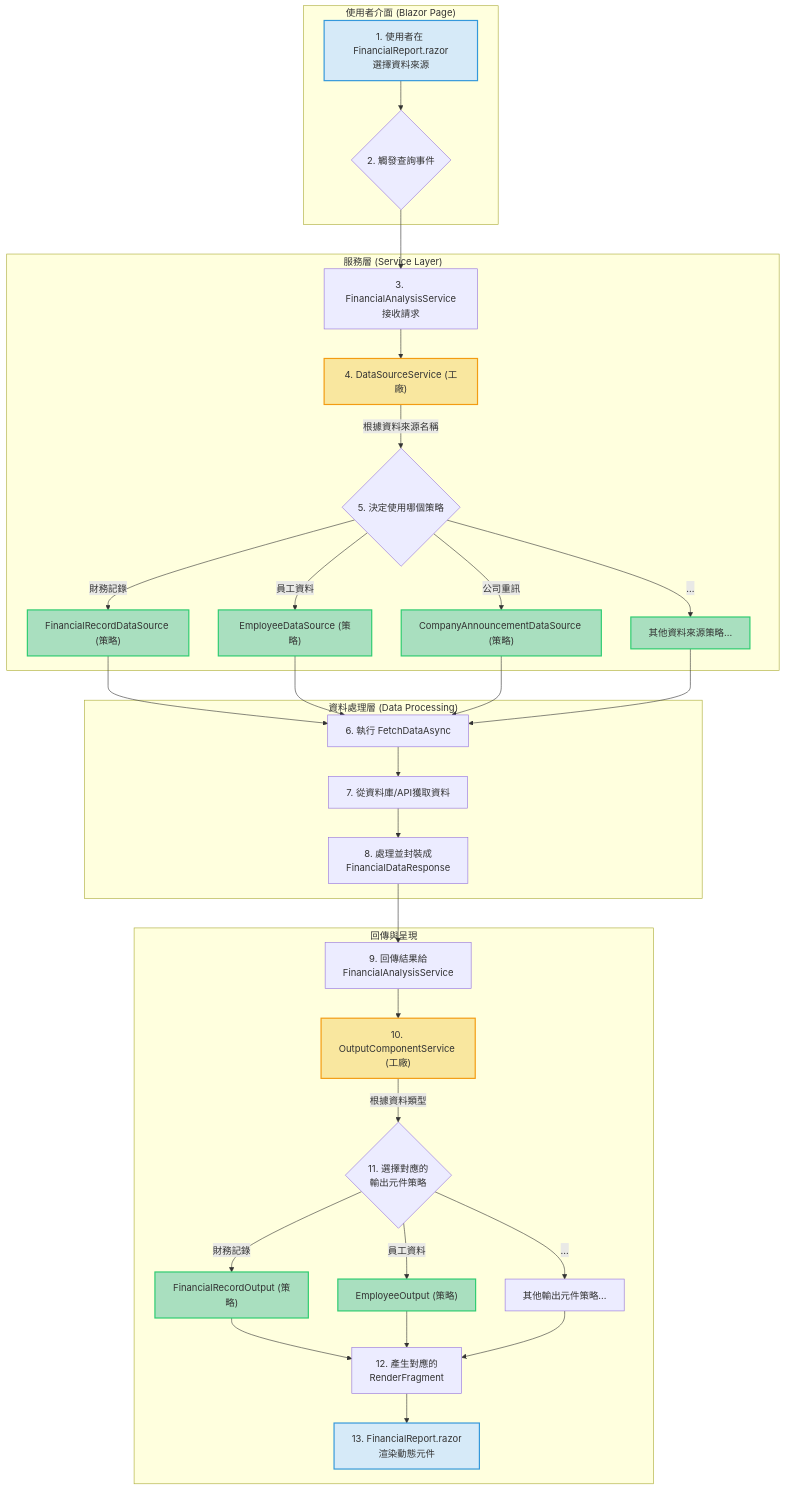
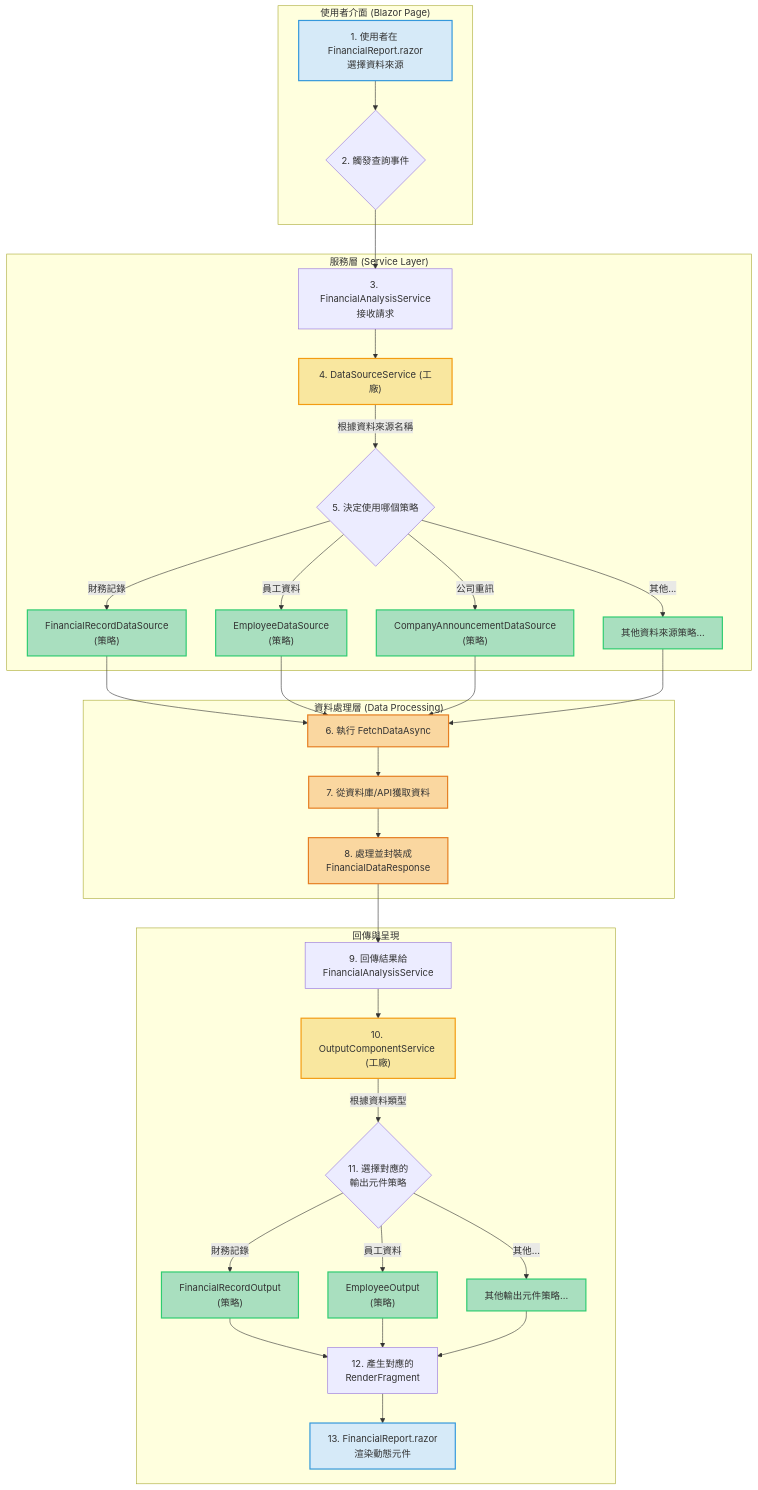
Before and after one commit to FelixChen1224/blazor-strategy-and-factory: the diagram in README.md, drawn with Mermaid.

````diff
--- a/README.md
+++ b/README.md
@@ -21,50 +21,49 @@
 ```mermaid
 graph TD
-    subgraph "使用者介面 (Blazor Page)"
-        A["1. 使用者在 FinancialReport.razor<br>選擇資料來源"] --> B{"2. 觸發查詢事件"};
+    subgraph UI["使用者介面 (Blazor Page)"]
+        A["1. 使用者在 FinancialReport.razor<br/>選擇資料來源"] --> B{"2. 觸發查詢事件"}
     end
-
-    subgraph "服務層 (Service Layer)"
-        B --> C["3. FinancialAnalysisService<br>接收請求"];
-        C --> D["4. DataSourceService (工廠)"];
-        D -->|根據資料來源名稱| E{"5. 決定使用哪個策略"};
-        E -->|"財務記錄"| F1["FinancialRecordDataSource (策略)"];
-        E -->|"員工資料"| F2["EmployeeDataSource (策略)"];
-        E -->|"公司重訊"| F3["CompanyAnnouncementDataSource (策略)"];
-        E -->|"..."| Fn["其他資料來源策略..."];
+    
+    subgraph Service["服務層 (Service Layer)"]
+        B --> C["3. FinancialAnalysisService<br/>接收請求"]
+        C --> D["4. DataSourceService (工廠)"]
+        D -->|根據資料來源名稱| E{"5. 決定使用哪個策略"}
+        E -->|"財務記錄"| F1["FinancialRecordDataSource<br/>(策略)"]
+        E -->|"員工資料"| F2["EmployeeDataSource<br/>(策略)"]
+        E -->|"公司重訊"| F3["CompanyAnnouncementDataSource<br/>(策略)"]
+        E -->|"其他..."| Fn["其他資料來源策略..."]
     end
-
-    subgraph "資料處理層 (Data Processing)"
-        F1 --> G["6. 執行 FetchDataAsync"];
-        F2 --> G;
-        F3 --> G;
-        Fn --> G;
-        G --> H["7. 從資料庫/API獲取資料"];
-        H --> I["8. 處理並封裝成<br>FinancialDataResponse"];
+    
+    subgraph Data["資料處理層 (Data Processing)"]
+        F1 --> G["6. 執行 FetchDataAsync"]
+        F2 --> G
+        F3 --> G
+        Fn --> G
+        G --> H["7. 從資料庫/API獲取資料"]
+        H --> I["8. 處理並封裝成<br/>FinancialDataResponse"]
     end
-
-    subgraph "回傳與呈現"
-        I --> J["9. 回傳結果給<br>FinancialAnalysisService"];
-        J --> K["10. OutputComponentService (工廠)"];
-        K -->|根據資料類型| L{"11. 選擇對應的<br>輸出元件策略"};
-        L -->|"財務記錄"| M1["FinancialRecordOutput (策略)"];
-        L -->|"員工資料"| M2["EmployeeOutput (策略)"];
-        L -->|"..."| Mn["其他輸出元件策略..."];
-        M1 --> N["12. 產生對應的<br>RenderFragment"];
-        M2 --> N;
-        Mn --> N;
-        N --> O["13. FinancialReport.razor<br>渲染動態元件"];
+    
+    subgraph Output["回傳與呈現"]
+        I --> J["9. 回傳結果給<br/>FinancialAnalysisService"]
+        J --> K["10. OutputComponentService (工廠)"]
+        K -->|根據資料類型| L{"11. 選擇對應的<br/>輸出元件策略"}
+        L -->|"財務記錄"| M1["FinancialRecordOutput<br/>(策略)"]
+        L -->|"員工資料"| M2["EmployeeOutput<br/>(策略)"]
+        L -->|"其他..."| Mn["其他輸出元件策略..."]
+        M1 --> N["12. 產生對應的<br/>RenderFragment"]
+        M2 --> N
+        Mn --> N
+        N --> O["13. FinancialReport.razor<br/>渲染動態元件"]
     end
-
-    %% Styling
-    style A fill:#D6EAF8,stroke:#3498DB,stroke-width:2px
-    style O fill:#D6EAF8,stroke:#3498DB,stroke-width:2px
-    style D fill:#F9E79F,stroke:#F39C12,stroke-width:2px
-    style K fill:#F9E79F,stroke:#F39C12,stroke-width:2px
-    style F1 fill:#A9DFBF,stroke:#2ECC71,stroke-width:2px
-    style F2 fill:#A9DFBF,stroke:#2ECC71,stroke-width:2px
-    style F3 fill:#A9DFBF,stroke:#2ECC71,stroke-width:2px
-    style Fn fill:#A9DFBF,stroke:#2ECC71,stroke-width:2px
-    style M1 fill:#A9DFBF,stroke:#2ECC71,stroke-width:2px
-    style M2 fill:#A9DFBF,stroke:#2ECC71,stroke-width:2px
+    
+    %% 設定樣式
+    classDef uiClass fill:#D6EAF8,stroke:#3498DB,stroke-width:2px
+    classDef factoryClass fill:#F9E79F,stroke:#F39C12,stroke-width:2px
+    classDef strategyClass fill:#A9DFBF,stroke:#2ECC71,stroke-width:2px
+    classDef dataClass fill:#FAD7A0,stroke:#E67E22,stroke-width:2px
+    
+    class A,O uiClass
+    class D,K factoryClass
+    class F1,F2,F3,Fn,M1,M2,Mn strategyClass
+    class G,H,I dataClass
 ```
````
